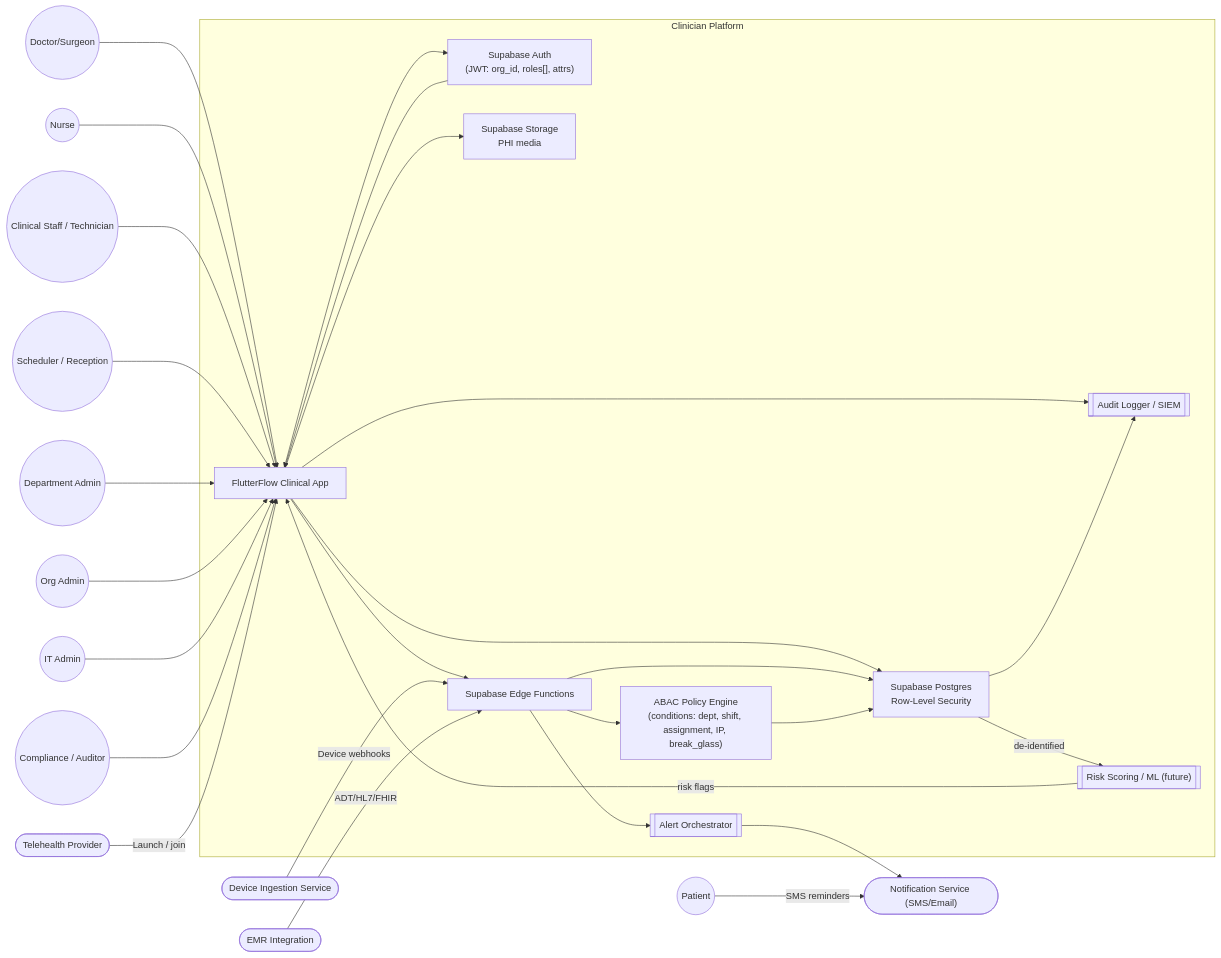
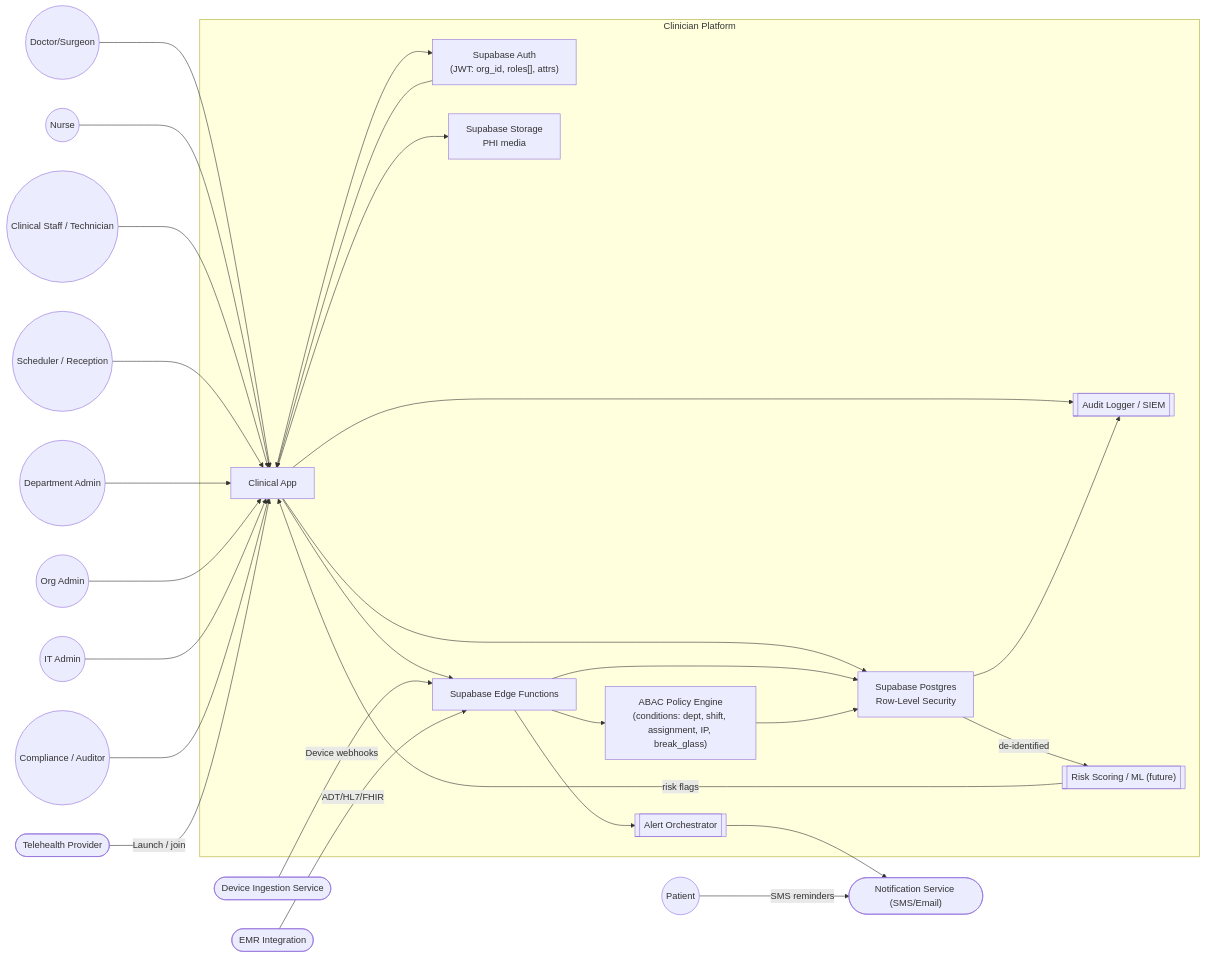
The diagram in DataModel/Actors.md (PeriOptima-AI/ClinicianAppDocs), drawn with Mermaid before and after one commit.

````diff
--- a/DataModel/Actors.md
+++ b/DataModel/Actors.md
@@ -1,63 +1,63 @@
 ```mermaid
 flowchart LR
   %% ACTORS
   Doctor((Doctor/Surgeon))
   Nurse((Nurse))
   ClinStaff((Clinical Staff / Technician))
   Scheduler((Scheduler / Reception))
   DeptAdmin((Department Admin))
   OrgAdmin((Org Admin))
   ITAdmin((IT Admin))
   Auditor((Compliance / Auditor))
   Patient((Patient))
   DeviceSvc(["Device Ingestion Service"])
   EMR(["EMR Integration"])
   Telehealth(["Telehealth Provider"])
   Notify(["Notification Service (SMS/Email)"])
 
   %% SYSTEM
   subgraph ClinPlatform[Clinician Platform]
-    FF["FlutterFlow Clinical App"]
+    FF["Clinical App"]
     Auth["Supabase Auth<br/>(JWT: org_id, roles[], attrs)"]
     DB["Supabase Postgres<br/>Row-Level Security"]
     Storage["Supabase Storage<br/>PHI media"]
     Edge["Supabase Edge Functions"]
     Policy["ABAC Policy Engine<br/>(conditions: dept, shift, assignment, IP, break_glass)"]
     Audit[["Audit Logger / SIEM"]]
     Alerts[["Alert Orchestrator"]]
     Analytics[["Risk Scoring / ML (future)"]]
   end
 
   %% FLOWS
   Doctor --> FF
   Nurse --> FF
   ClinStaff --> FF
   Scheduler --> FF
   DeptAdmin --> FF
   OrgAdmin --> FF
   ITAdmin --> FF
   Auditor --> FF
 
   FF <--> Auth
   Auth --> FF
 
   FF --> DB
   FF --> Storage
   FF --> Edge
   Edge --> DB
   Edge --> Policy
   Policy --> DB
 
   FF --> Audit
   DB --> Audit
   Edge --> Alerts
   Alerts --> Notify
 
   Patient -->|SMS reminders| Notify
   DeviceSvc -->|Device webhooks| Edge
   EMR -->|ADT/HL7/FHIR| Edge
   Telehealth -->|Launch / join| FF
 
   DB -->|de-identified| Analytics
   Analytics -->|risk flags| FF
 ```
````
